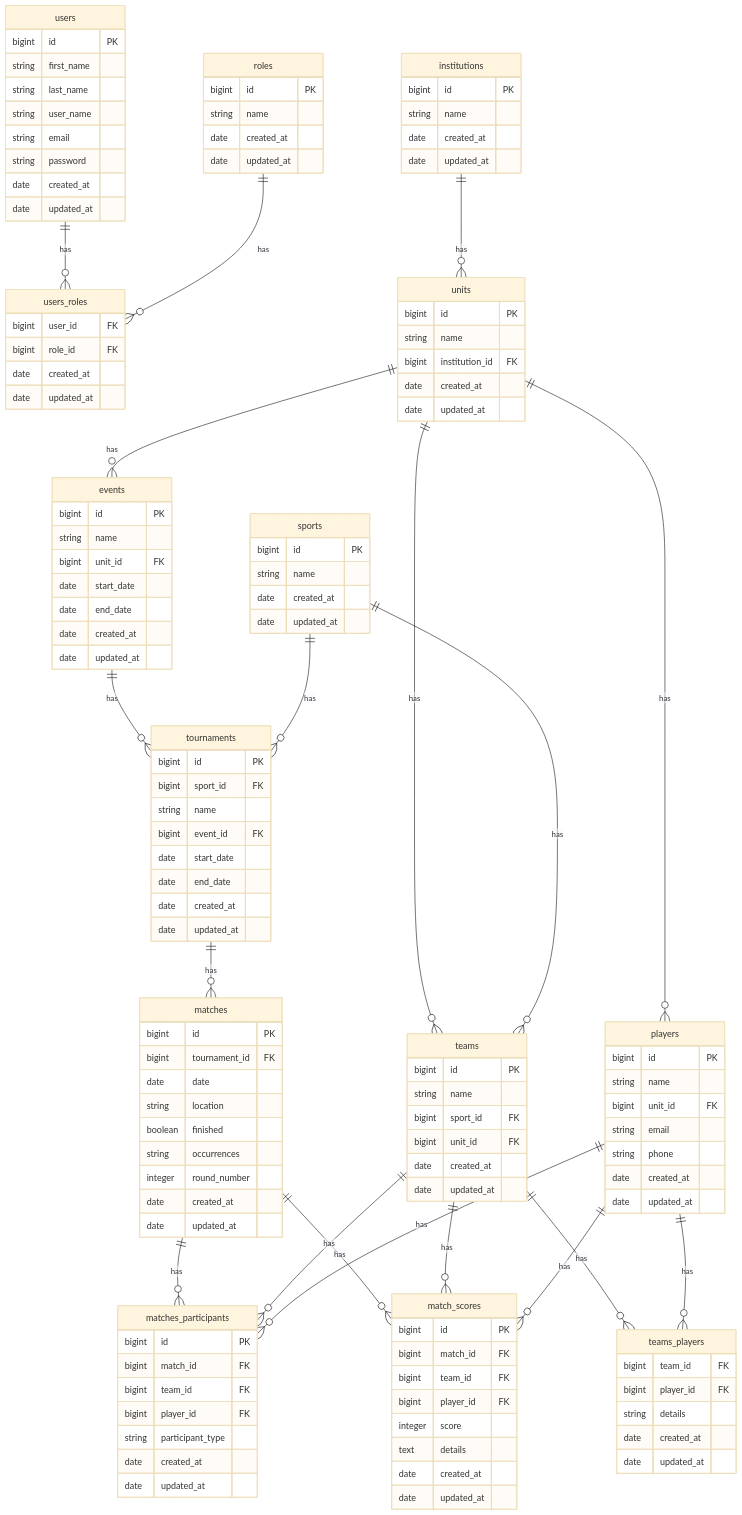
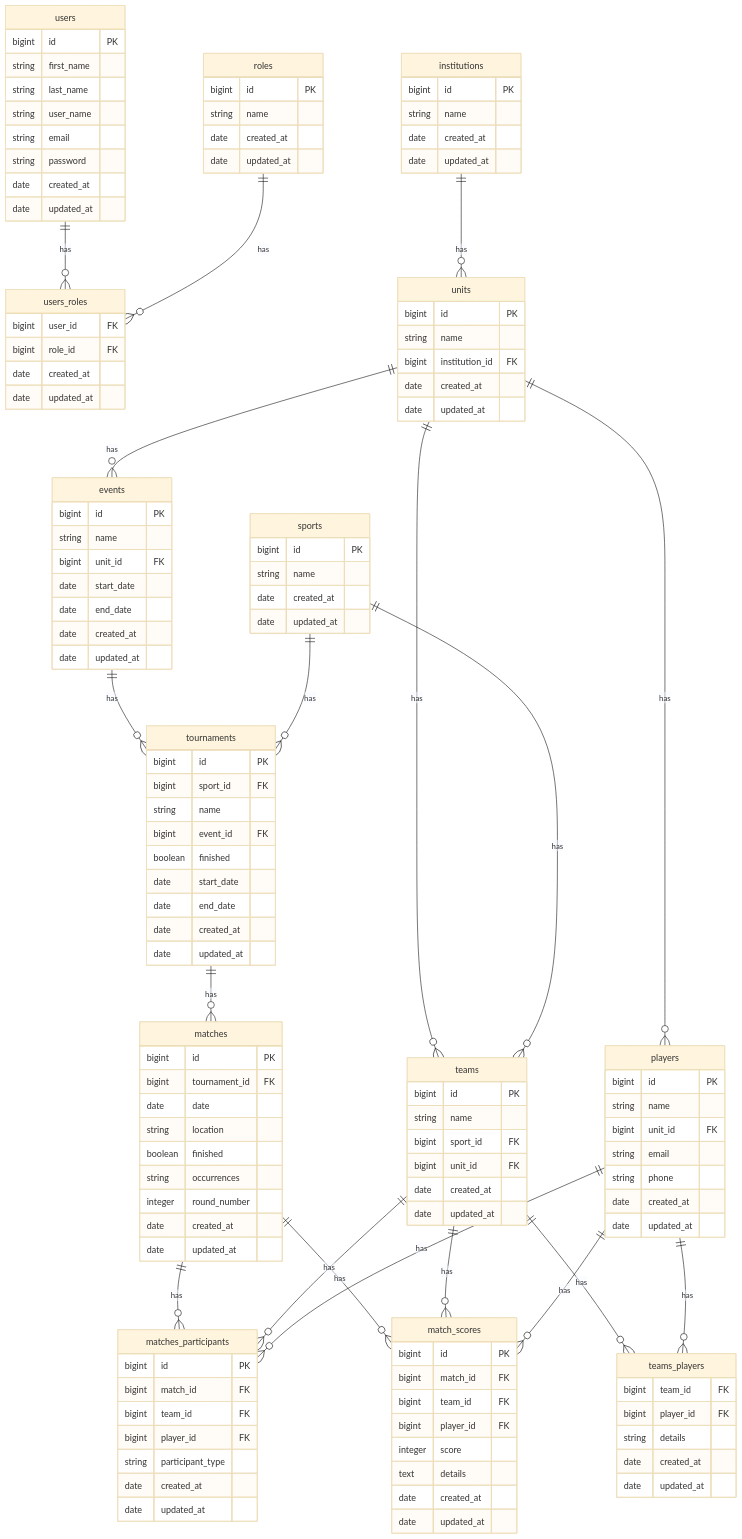
Before and after one commit to rgomide/gerenciador-torneio: the diagram in README.md, drawn with Mermaid (base theme). The commit also changed 13 other files, not shown here.

```diff
--- a/README.md
+++ b/README.md
@@ -67,6 +67,7 @@
       bigint sport_id FK
       string name
       bigint event_id FK
+      boolean finished
       date start_date
       date end_date
       date created_at
```
